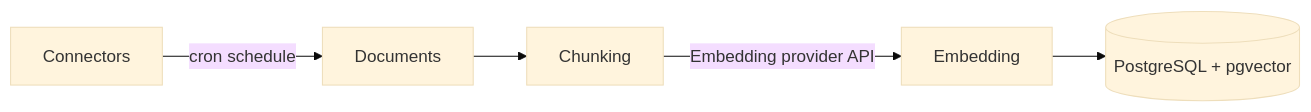
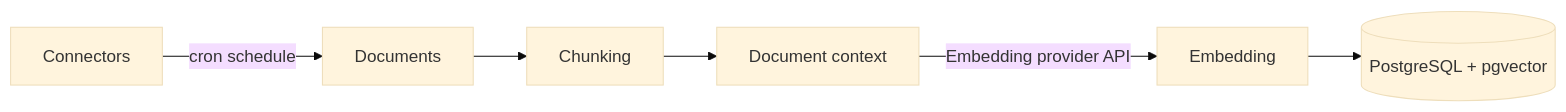
One commit to archestra-ai/archestra changed the first of 2 diagrams in docs/pages/platform-knowledge.md. Above: the diagram before and after it, drawn with Mermaid (base theme). The commit also changed other lines of this file and 6 other files, not shown here.

````diff
--- a/docs/pages/platform-knowledge.md
+++ b/docs/pages/platform-knowledge.md
@@ -462,7 +32,8 @@
 ```mermaid
 flowchart LR
     C[Connectors] -->|cron schedule| D[Documents]
     D --> CH[Chunking]
-    CH -->|Embedding provider API| E[Embedding]
+    CH --> CTX[Document context]
+    CTX -->|Embedding provider API| E[Embedding]
     E --> PG[(PostgreSQL + pgvector)]
 ```
````
